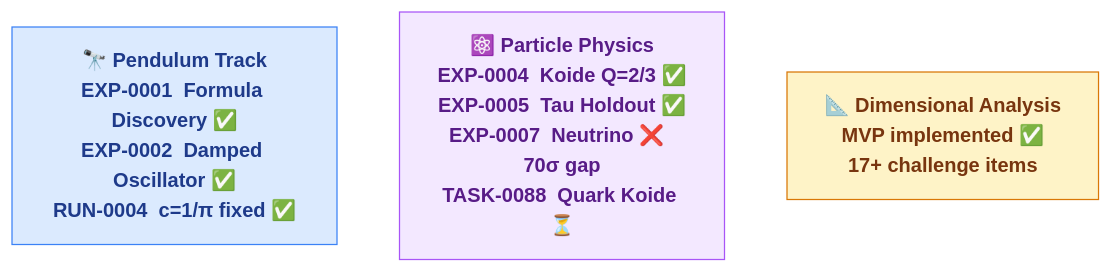
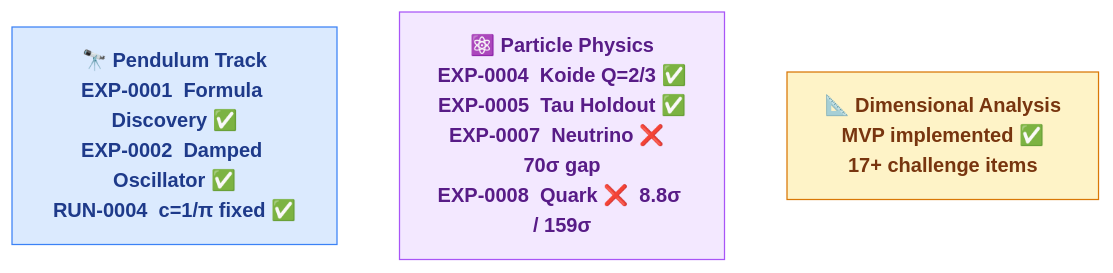
Before and after one commit to open-agent-science/autonomous-physics-lab: the second of 3 diagrams in README.md, drawn with Mermaid. The commit also changed other lines of this file and 6 other files, not shown here.

Commit message:
docs(task-0102): package koide campaign results

````diff
--- a/README.md
+++ b/README.md
@@ -125,12 +126,12 @@
 ```mermaid
 flowchart LR
     classDef pend fill:#dbeafe,stroke:#3b82f6,color:#1e3a8a,font-weight:bold
     classDef part fill:#f3e8ff,stroke:#a855f7,color:#581c87,font-weight:bold
     classDef da   fill:#fef3c7,stroke:#d97706,color:#78350f,font-weight:bold
 
     P["🔭 Pendulum Track\nEXP-0001  Formula Discovery ✅\nEXP-0002  Damped Oscillator ✅\nRUN-0004  c=1/π fixed ✅"]:::pend
-    K["⚛️ Particle Physics\nEXP-0004  Koide Q=2/3 ✅\nEXP-0005  Tau Holdout ✅\nEXP-0007  Neutrino ❌  70σ gap\nTASK-0088  Quark Koide ⏳"]:::part
+    K["⚛️ Particle Physics\nEXP-0004  Koide Q=2/3 ✅\nEXP-0005  Tau Holdout ✅\nEXP-0007  Neutrino ❌  70σ gap\nEXP-0008  Quark ❌  8.8σ / 159σ"]:::part
     D["📐 Dimensional Analysis\nMVP implemented ✅\n17+ challenge items"]:::da
 
     P ~~~ K ~~~ D
 ```
````
